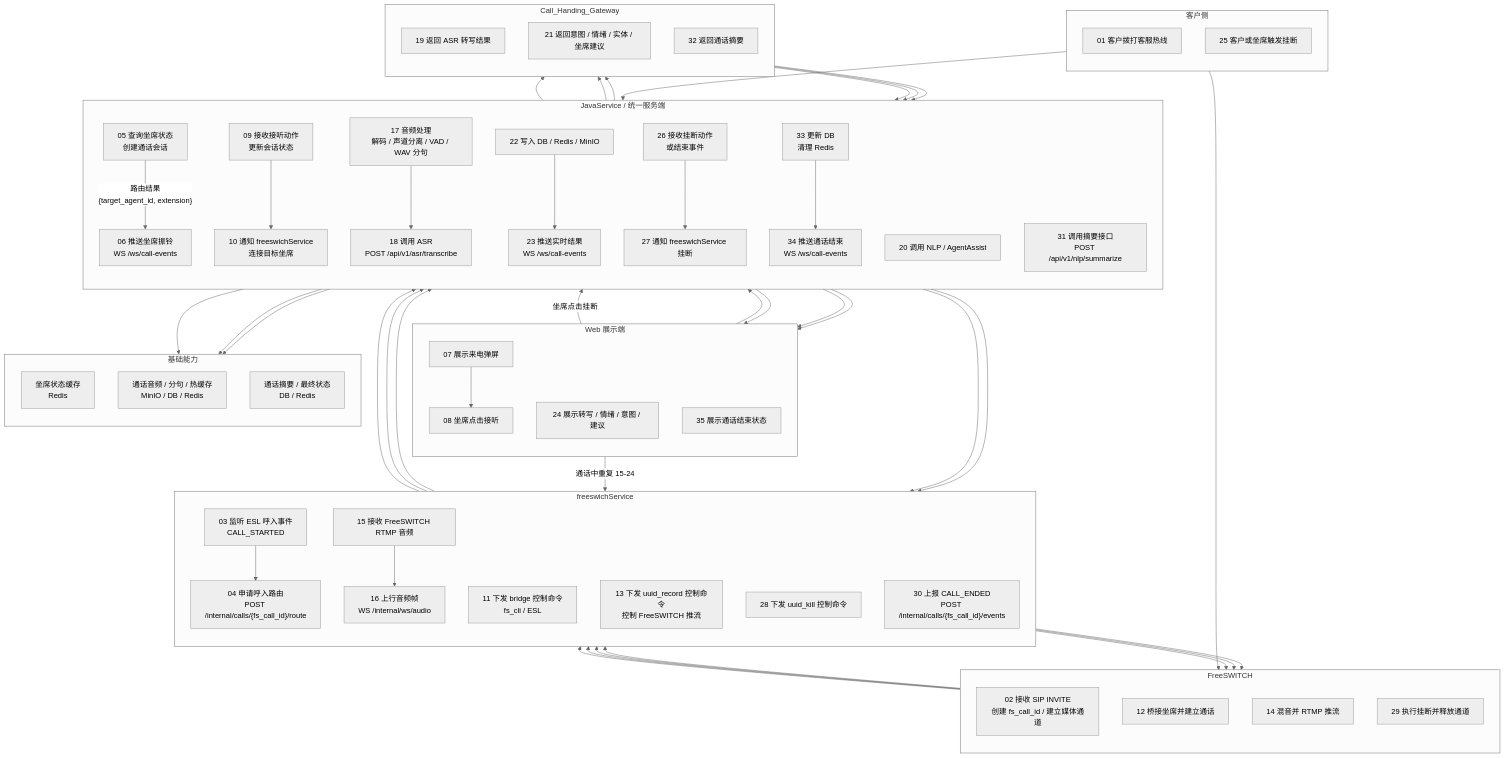
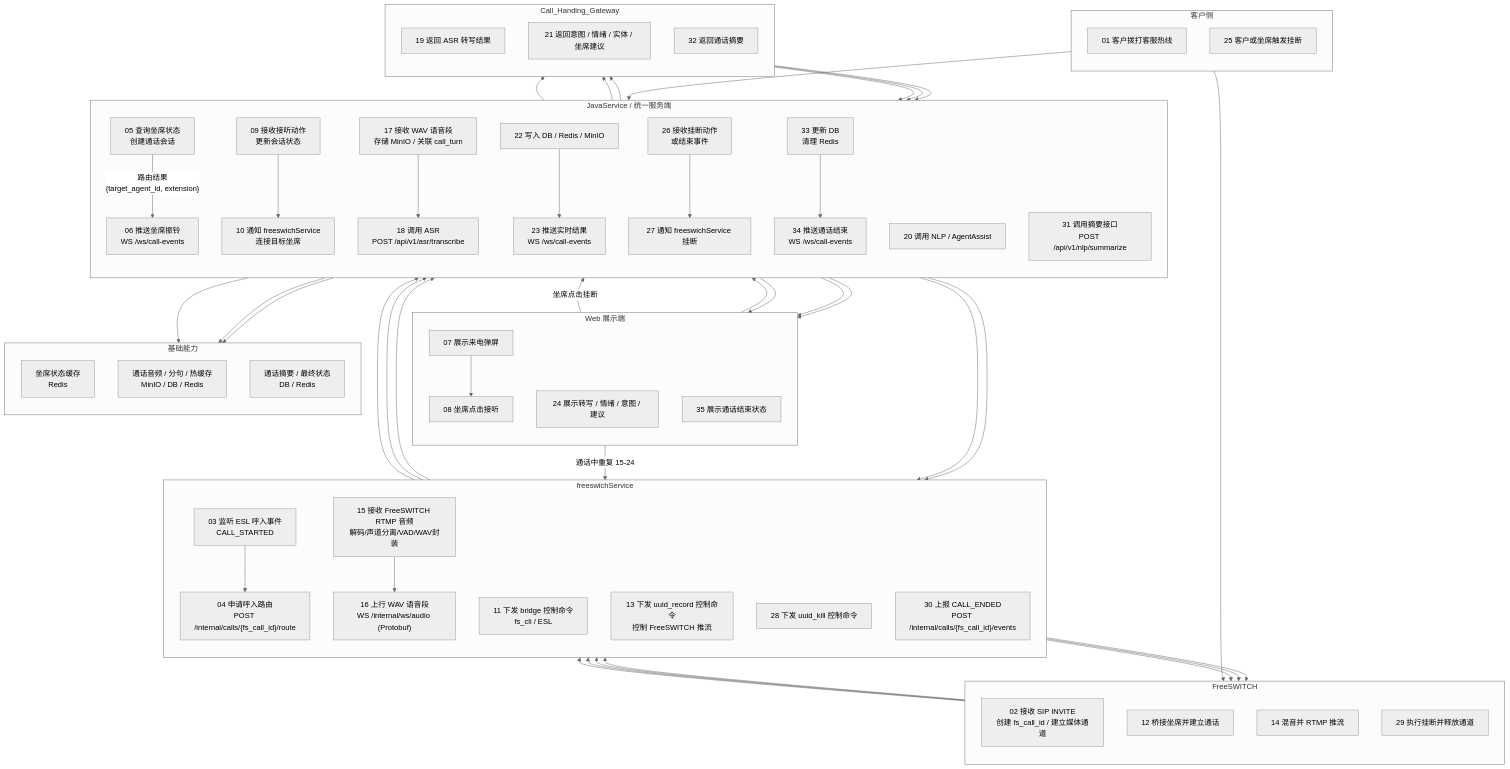
Before and after one commit to doujiahao/voice-nexus: the third of 3 diagrams in docs/design-docs/呼入链路工程化架构设计.md, drawn with Mermaid (neutral theme). The commit also changed other lines of this file and 348 other files, not shown here.

````diff
--- a/docs/design-docs/呼入链路工程化架构设计.md
+++ b/docs/design-docs/呼入链路工程化架构设计.md
@@ -121,80 +121,80 @@
 ```mermaid
 flowchart BR
   subgraph LaneCustomer["客户侧"]
     direction TB
     C01["01 客户拨打客服热线"]
     C25["25 客户或坐席触发挂断"]
   end
 
   subgraph LaneWeb["Web 展示端"]
     direction TB
     W07["07 展示来电弹屏"]
     W08["08 坐席点击接听"]
     W24["24 展示转写 / 情绪 / 意图 / 建议"]
     W35["35 展示通话结束状态"]
   end
 
   subgraph LaneFS["FreeSWITCH"]
     direction TB
     FS02["02 接收 SIP INVITE\n创建 fs_call_id / 建立媒体通道"]
     FS12["12 桥接坐席并建立通话"]
     FS14["14 混音并 RTMP 推流"]
     FS29["29 执行挂断并释放通道"]
   end
 
   subgraph LaneFSS["freeswichService"]
     direction TB
     FSS03["03 监听 ESL 呼入事件\nCALL_STARTED"]
     FSS04["04 申请呼入路由\nPOST /internal/calls/{fs_call_id}/route"]
     FSS11["11 下发 bridge 控制命令\nfs_cli / ESL"]
     FSS13["13 下发 uuid_record 控制命令\n控制 FreeSWITCH 推流"]
-    FSS15["15 接收 FreeSWITCH RTMP 音频"]
-    FSS16["16 上行音频帧\nWS /internal/ws/audio"]
+    FSS15["15 接收 FreeSWITCH RTMP 音频\n解码/声道分离/VAD/WAV封装"]
+    FSS16["16 上行 WAV 语音段\nWS /internal/ws/audio (Protobuf)"]
     FSS28["28 下发 uuid_kill 控制命令"]
     FSS30["30 上报 CALL_ENDED\nPOST /internal/calls/{fs_call_id}/events"]
   end
 
   subgraph LaneServer["JavaService / 统一服务端"]
     direction TB
     S05["05 查询坐席状态\n创建通话会话"]
     S06["06 推送坐席振铃\nWS /ws/call-events"]
     S09["09 接收接听动作\n更新会话状态"]
     S10["10 通知 freeswichService\n连接目标坐席"]
-    S17["17 音频处理\n解码 / 声道分离 / VAD / WAV 分句"]
+    S17["17 接收 WAV 语音段\n存储 MinIO / 关联 call_turn"]
     S18["18 调用 ASR\nPOST /api/v1/asr/transcribe"]
     S20["20 调用 NLP / AgentAssist"]
     S22["22 写入 DB / Redis / MinIO"]
     S23["23 推送实时结果\nWS /ws/call-events"]
     S26["26 接收挂断动作\n或结束事件"]
     S27["27 通知 freeswichService 挂断"]
     S31["31 调用摘要接口\nPOST /api/v1/nlp/summarize"]
     S33["33 更新 DB\n清理 Redis"]
     S34["34 推送通话结束\nWS /ws/call-events"]
   end
 
   subgraph LaneAI["Call_Handing_Gateway"]
     direction TB
     AI19["19 返回 ASR 转写结果"]
     AI21["21 返回意图 / 情绪 / 实体 / 坐席建议"]
     AI32["32 返回通话摘要"]
   end
 
   subgraph LaneBase["基础能力"]
     direction TB
     B05["坐席状态缓存\nRedis"]
     B22["通话音频 / 分句 / 热缓存\nMinIO / DB / Redis"]
     B33["通话摘要 / 最终状态\nDB / Redis"]
   end
 
   C01 --> FS02 --> FSS03 --> FSS04 --> S05
   S05 --> B05
   S05 -->|"路由结果\n{target_agent_id, extension}"| S06 --> W07 --> W08 --> S09
   S09 --> S10 --> FSS11 --> FS12 --> FSS13 --> FS14 --> FSS15 --> FSS16
   FSS16 --> S17 --> S18 --> AI19 --> S20 --> AI21 --> S22 --> B22
   S22 --> S23 --> W24
   W24 -->|"通话中重复 15-24"| FSS15
   C25 --> S26
   W24 -->|"坐席点击挂断"| S26
   S26 --> S27 --> FSS28 --> FS29 --> FSS30 --> S31 --> AI32 --> S33 --> B33
   S33 --> S34 --> W35
 ```
````
